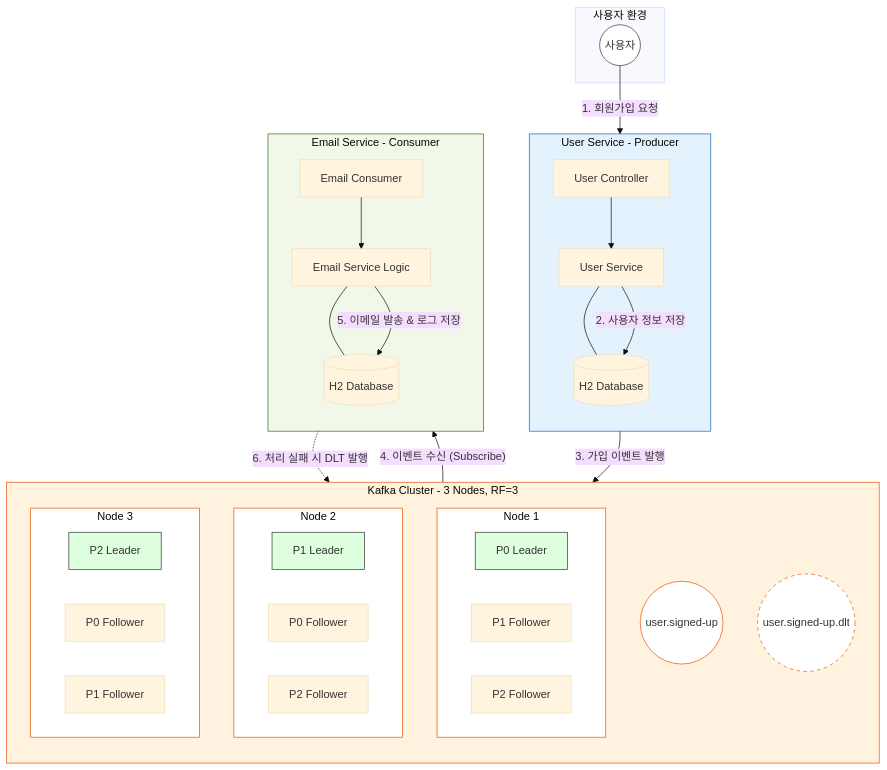
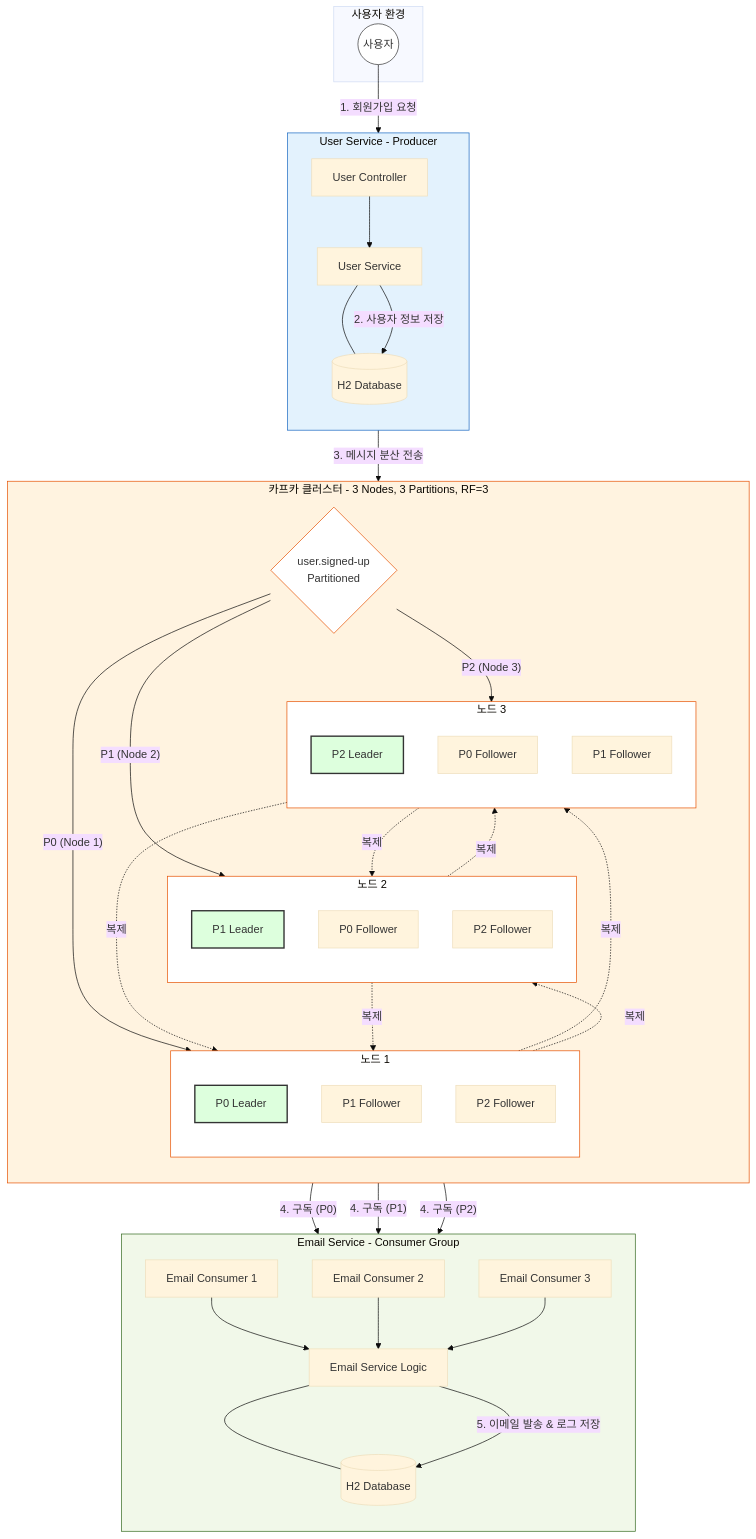
One commit to muzzaiwork/kafka changed the diagram in 07-msa-project/Project-Design.md. Above: the diagram before and after it, drawn with Mermaid (base theme). The commit also changed other lines of this file, not shown here.

Commit message:
docs: enhance msa project architecture diagram with detailed partition and replication flow

````diff
--- a/07-msa-project/Project-Design.md
+++ b/07-msa-project/Project-Design.md
@@ -36,58 +36,74 @@
         U_Service --- U_DB
     end
 
-    subgraph KafkaCluster [Kafka Cluster - 3 Nodes, RF=3]
+    subgraph KafkaClusterBox [카프카 클러스터 - 3 Nodes, 3 Partitions, RF=3]
         direction TB
-        subgraph Broker1 [Node 1]
+        subgraph Node1 [노드 1]
+            direction TB
             P0L[P0 Leader]
             P1F1[P1 Follower]
             P2F1[P2 Follower]
         end
-        subgraph Broker2 [Node 2]
+        subgraph Node2 [노드 2]
+            direction TB
             P1L[P1 Leader]
             P0F1[P0 Follower]
             P2F2[P2 Follower]
         end
-        subgraph Broker3 [Node 3]
+        subgraph Node3 [노드 3]
+            direction TB
             P2L[P2 Leader]
             P0F2[P0 Follower]
             P1F2[P1 Follower]
         end
         
-        Topic((user.signed-up))
-        DLT_Topic((user.signed-up.dlt))
+        TopicFlow{user.signed-up<br/>Partitioned}
     end
 
-    subgraph EmailService [Email Service - Consumer]
+    subgraph EmailService [Email Service - Consumer Group]
         direction TB
-        E_Consumer[Email Consumer]
+        E_Consumer1[Email Consumer 1]
+        E_Consumer2[Email Consumer 2]
+        E_Consumer3[Email Consumer 3]
         E_Service[Email Service Logic]
         E_DB[(H2 Database)]
         
-        E_Consumer --> E_Service
+        E_Consumer1 & E_Consumer2 & E_Consumer3 --> E_Service
         E_Service --- E_DB
     end
 
-    %% 데이터 흐름
+    %% 1. 클라이언트 요청
     User -- "1. 회원가입 요청" --> U_Controller
     U_Service -- "2. 사용자 정보 저장" --> U_DB
-    U_Service -- "3. 가입 이벤트 발행" --> Topic
     
-    Topic -- "4. 이벤트 수신 (Subscribe)" --> E_Consumer
+    %% 3. 프로듀서가 파티션 리더들에게 메시지 분산 전송
+    U_Service -- "3. 메시지 분산 전송" --> TopicFlow
+    TopicFlow -- "P0 (Node 1)" --> P0L
+    TopicFlow -- "P1 (Node 2)" --> P1L
+    TopicFlow -- "P2 (Node 3)" --> P2L
+
+    %% 4. 리더에서 팔로워로 내부 복제 (카프카 내부 동작)
+    P0L -. "복제" .-> P0F1 & P0F2
+    P1L -. "복제" .-> P1F1 & P1F2
+    P2L -. "복제" .-> P2F1 & P2F2
+
+    %% 5. 컨슈머가 각 파티션의 리더로부터 메시지 수신
+    P0L -- "4. 구독 (P0)" --> E_Consumer1
+    P1L -- "4. 구독 (P1)" --> E_Consumer2
+    P2L -- "4. 구독 (P2)" --> E_Consumer3
+    
     E_Service -- "5. 이메일 발송 & 로그 저장" --> E_DB
-    E_Consumer -. "6. 처리 실패 시 DLT 발행" .-> DLT_Topic
 
     %% 스타일 설정
     style User fill:#ffffff,stroke:#333
     style UserService fill:#e3f2fd,stroke:#1565c0
     style EmailService fill:#f1f8e9,stroke:#33691e
-    style KafkaCluster fill:#fff3e0,stroke:#e65100
-    style Broker1 fill:#ffffff,stroke:#e65100
-    style Broker2 fill:#ffffff,stroke:#e65100
-    style Broker3 fill:#ffffff,stroke:#e65100
-    style P0L fill:#dfd,stroke:#333
-    style P1L fill:#dfd,stroke:#333
-    style P2L fill:#dfd,stroke:#333
-    style Topic fill:#ffffff,stroke:#e65100
-    style DLT_Topic fill:#ffffff,stroke:#e65100,stroke-dasharray: 5 5
+    style KafkaClusterBox fill:#fff3e0,stroke:#e65100
+    style Node1 fill:#ffffff,stroke:#e65100
+    style Node2 fill:#ffffff,stroke:#e65100
+    style Node3 fill:#ffffff,stroke:#e65100
+    style P0L fill:#dfd,stroke:#333,stroke-width:2px
+    style P1L fill:#dfd,stroke:#333,stroke-width:2px
+    style P2L fill:#dfd,stroke:#333,stroke-width:2px
+    style TopicFlow fill:#fff,stroke:#e65100
 ```
````
